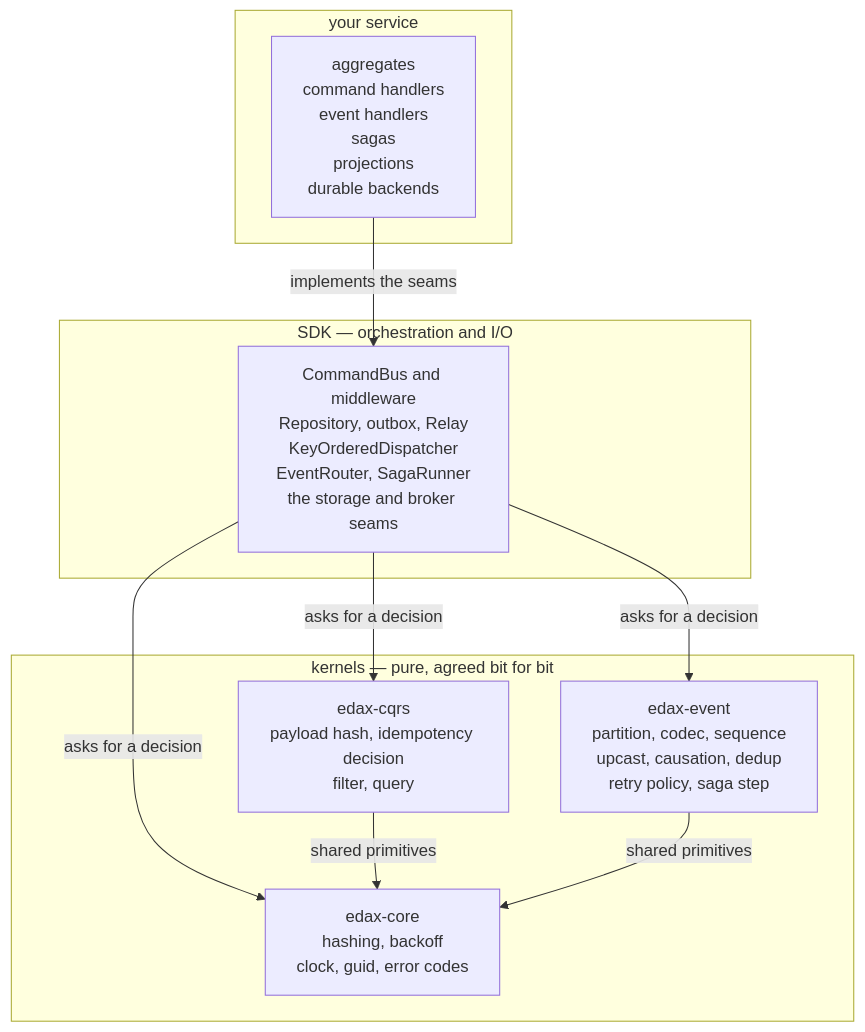
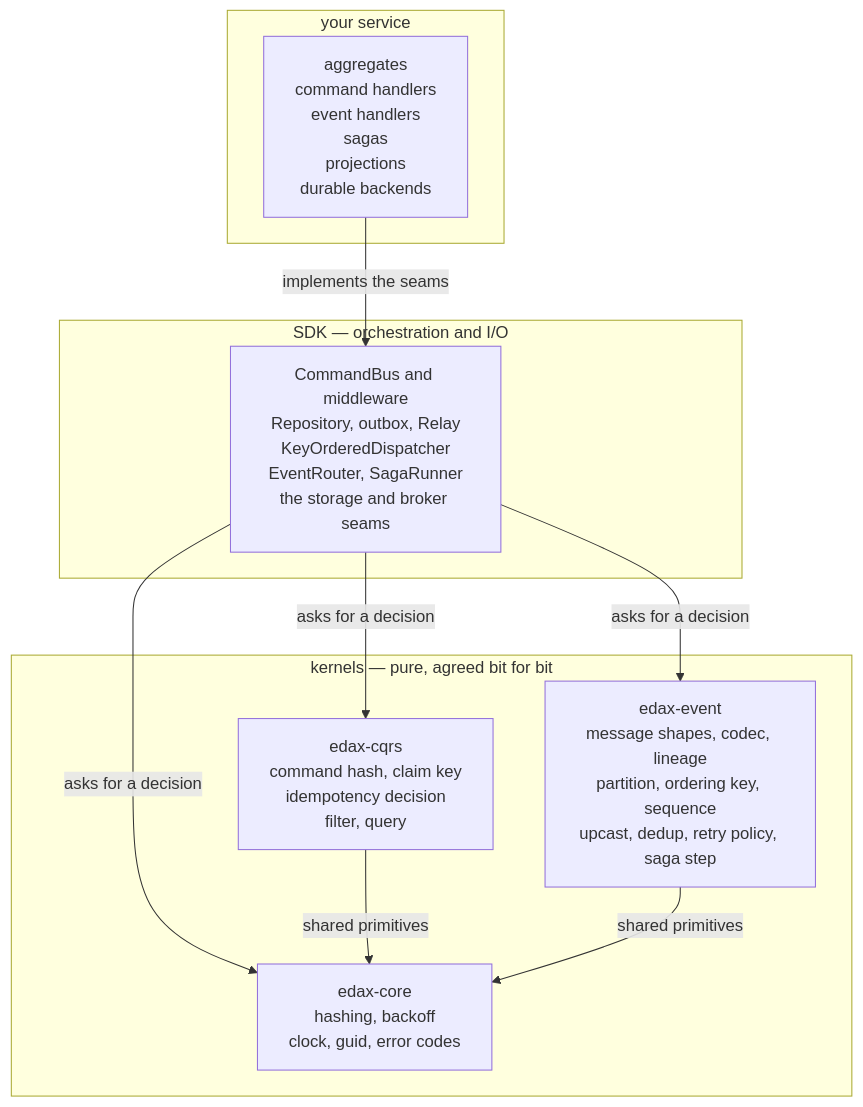
One commit to haskian/edax changed the first of 4 diagrams in docs/architecture.md. Above: the diagram before and after it, drawn with Mermaid. The commit also changed other lines of this file and 175 other files, not shown here.

````diff
--- a/docs/architecture.md
+++ b/docs/architecture.md
@@ -15,23 +15,23 @@
 ```mermaid
 flowchart TB
     subgraph app["your service"]
         A["aggregates<br/>command handlers<br/>event handlers<br/>sagas<br/>projections<br/>durable backends"]
     end
 
     subgraph sdk["SDK — orchestration and I/O"]
         B["CommandBus and middleware<br/>Repository, outbox, Relay<br/>KeyOrderedDispatcher<br/>EventRouter, SagaRunner<br/>the storage and broker seams"]
     end
 
     subgraph kernels["kernels — pure, agreed bit for bit"]
-        C["edax-cqrs<br/>payload hash, idempotency decision<br/>filter, query"]
-        D["edax-event<br/>partition, codec, sequence<br/>upcast, causation, dedup<br/>retry policy, saga step"]
+        C["edax-cqrs<br/>command hash, claim key<br/>idempotency decision<br/>filter, query"]
+        D["edax-event<br/>message shapes, codec, lineage<br/>partition, ordering key, sequence<br/>upcast, dedup, retry policy, saga step"]
         E["edax-core<br/>hashing, backoff<br/>clock, guid, error codes"]
     end
 
     A -->|"implements the seams"| B
     B -->|"asks for a decision"| C
     B -->|"asks for a decision"| D
     B -->|"asks for a decision"| E
     C -->|"shared primitives"| E
     D -->|"shared primitives"| E
 ```
````
